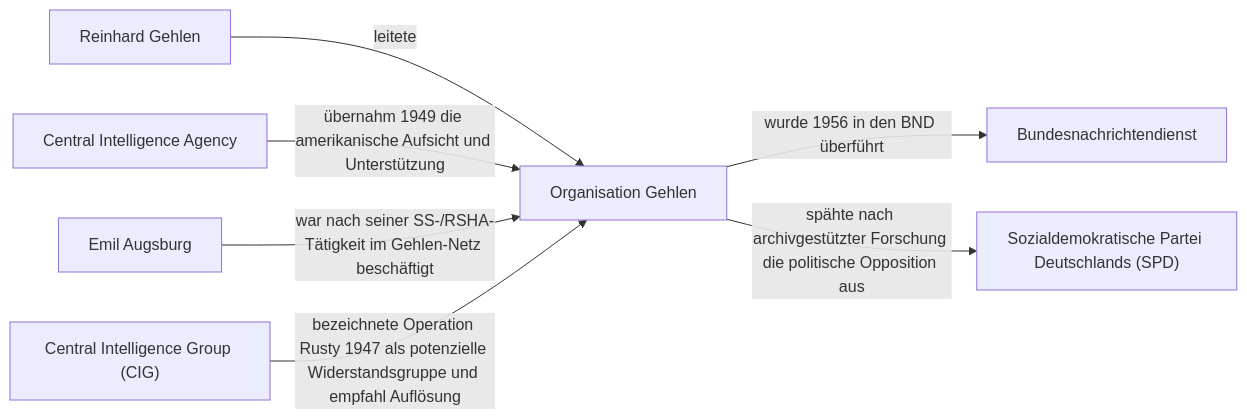
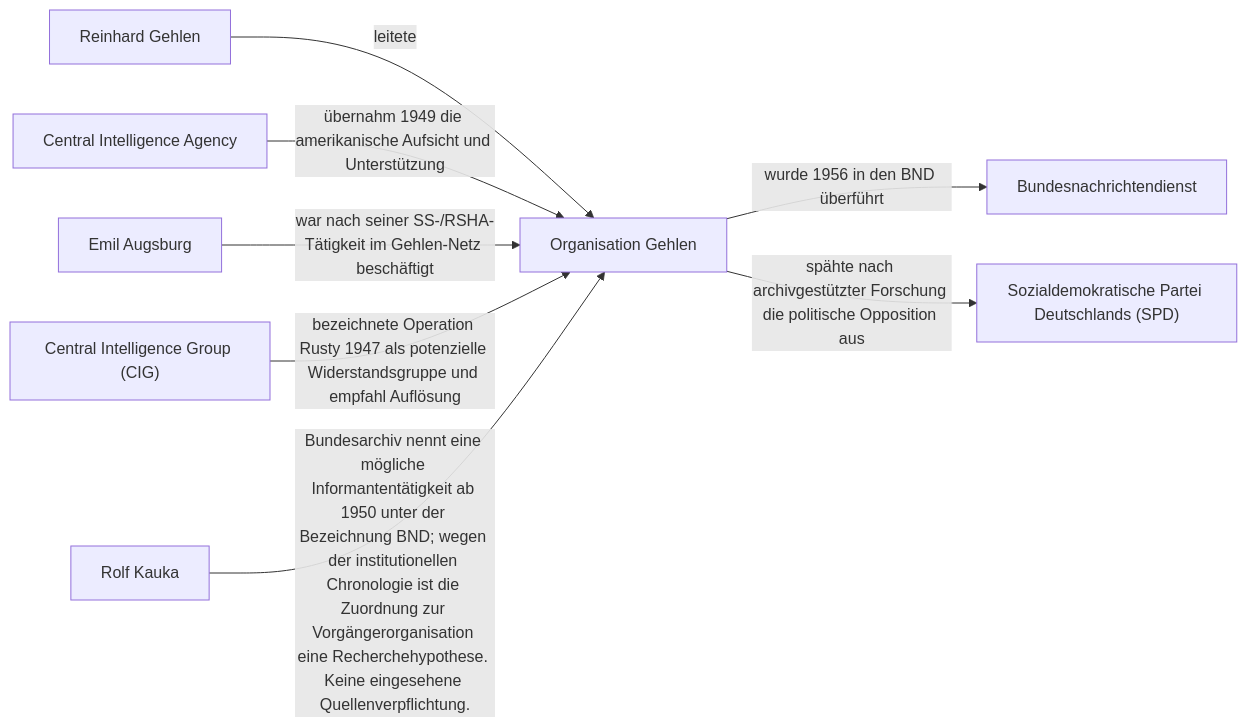
The diagram in docs/generated/network-focus-organisation-gehlen.md (alexdermohr/machtverflechtungen), drawn with Mermaid before and after one commit. The commit also changed other lines of this file and 12 other files, not shown here.

Commit message:
Integrate sourced INSM, Kauka and BND media networks (#292)

````diff
--- a/docs/generated/network-focus-organisation-gehlen.md
+++ b/docs/generated/network-focus-organisation-gehlen.md
@@ -7,16 +7,18 @@
 ```mermaid
 flowchart LR
     N_ORG_DE_ORGANISATION_GEHLEN["Organisation Gehlen"]
     N_ORG_DE_BND["Bundesnachrichtendienst"]
     N_ORG_DE_ORGANISATION_GEHLEN -->|"wurde 1956 in den BND überführt"| N_ORG_DE_BND
     N_PER_DE_REINHARD_GEHLEN["Reinhard Gehlen"]
     N_PER_DE_REINHARD_GEHLEN -->|"leitete"| N_ORG_DE_ORGANISATION_GEHLEN
     N_ORG_US_CIA["Central Intelligence Agency"]
     N_ORG_US_CIA -->|"übernahm 1949 die amerikanische Aufsicht und Unterstützung"| N_ORG_DE_ORGANISATION_GEHLEN
     N_PER_DE_EMIL_AUGSBURG["Emil Augsburg"]
     N_PER_DE_EMIL_AUGSBURG -->|"war nach seiner SS-/RSHA-Tätigkeit im Gehlen-Netz beschäftigt"| N_ORG_DE_ORGANISATION_GEHLEN
     N_ORG_DE_SPD["Sozialdemokratische Partei Deutschlands (SPD)"]
     N_ORG_DE_ORGANISATION_GEHLEN -->|"spähte nach archivgestützter Forschung die politische Opposition aus"| N_ORG_DE_SPD
     N_ORG_US_CIG["Central Intelligence Group (CIG)"]
     N_ORG_US_CIG -->|"bezeichnete Operation Rusty 1947 als potenzielle Widerstandsgruppe und empfahl Auflösung"| N_ORG_DE_ORGANISATION_GEHLEN
+    N_PER_DE_ROLF_KAUKA["Rolf Kauka"]
+    N_PER_DE_ROLF_KAUKA -->|"Bundesarchiv nennt eine mögliche Informantentätigkeit ab 1950 unter der Bezeichnung BND; wegen der institutionellen Chronologie ist die Zuordnung zur Vorgängerorganisation eine Recherchehypothese. Keine eingesehene Quellenverpflichtung."| N_ORG_DE_ORGANISATION_GEHLEN
 ```
````
